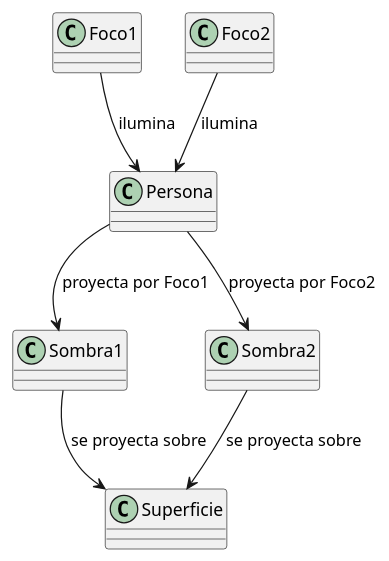
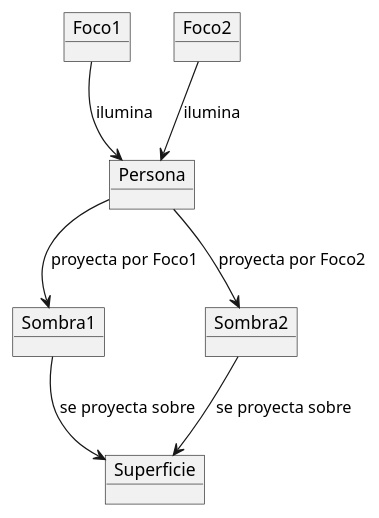
One commit to mmasias/24-25-IdSw1 changed the diagram in entregas/pelayoRAUL/EjercicioSombra/UnaPersonaDosFocos.puml. Above: the diagram before and after it, drawn with PlantUML.

```diff
--- a/entregas/pelayoRAUL/EjercicioSombra/UnaPersonaDosFocos.puml
+++ b/entregas/pelayoRAUL/EjercicioSombra/UnaPersonaDosFocos.puml
@@ -1,28 +1,28 @@
 @startuml
-class Foco1 {
+Object Foco1 {
 }
 
-class Foco2 {
+Object Foco2 {
 }
 
-class Persona {
+Object Persona {
 }
 
-class Sombra1 {
+Object Sombra1 {
 }
 
-class Sombra2 {
+Object Sombra2 {
 }
 
-class Superficie {
+Object Superficie {
 }
 
 Foco1 --> Persona : ilumina
 Foco2 --> Persona : ilumina
 
 Persona --> Sombra1 : proyecta por Foco1
 Persona --> Sombra2 : proyecta por Foco2
 
 Sombra1 --> Superficie : se proyecta sobre
 Sombra2 --> Superficie : se proyecta sobre
 @enduml
```
